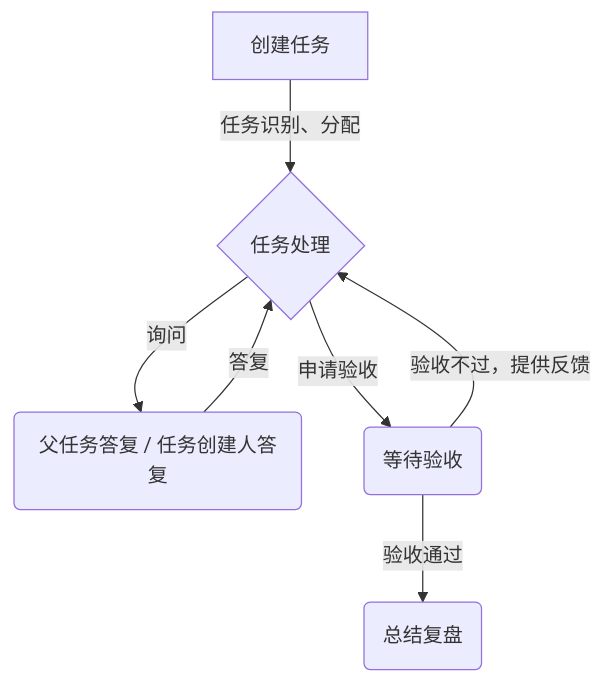
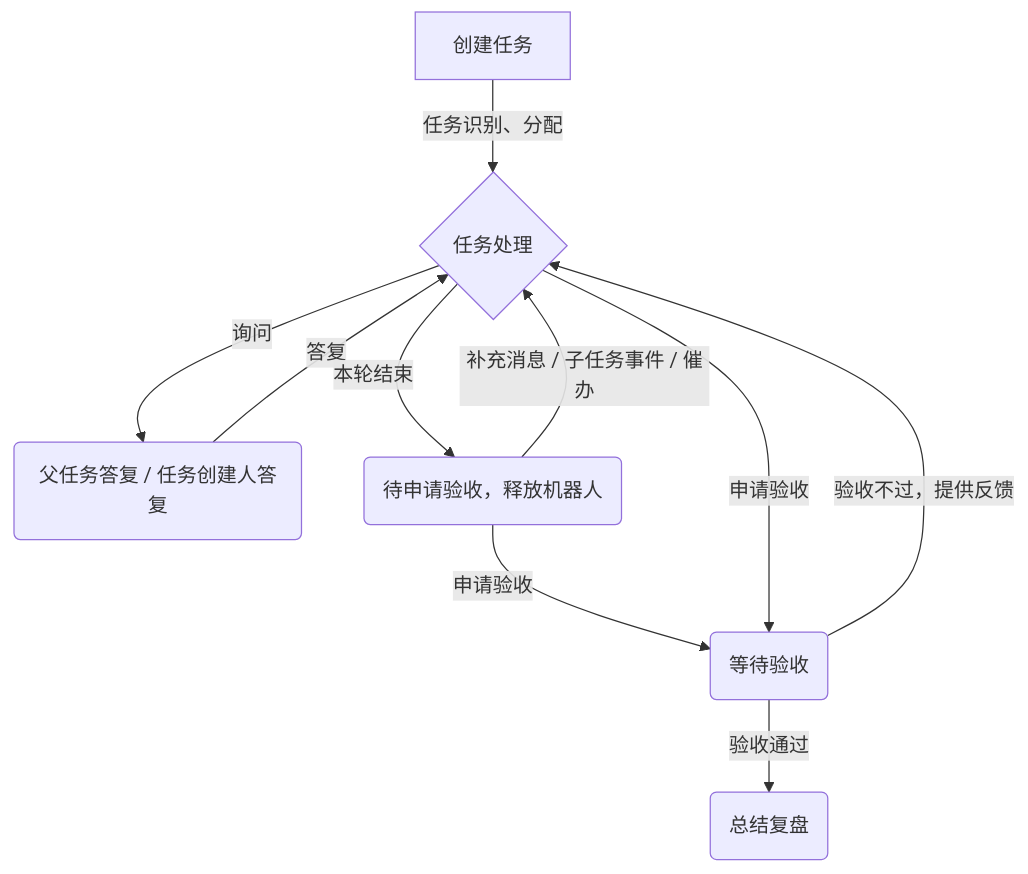
The first of 2 diagrams in docs/features/06 - HANDOFF.md (LitaGroup/project), drawn with Mermaid before and after one commit. The commit also changed other lines of this file and 21 other files, not shown here.

````diff
--- a/docs/features/06 - HANDOFF.md
+++ b/docs/features/06 - HANDOFF.md
@@ -30,9 +30,12 @@
 ```mermaid	
 flowchart TD
     A[创建任务] -->|任务识别、分配| B{任务处理}
     B -->|询问| C(父任务答复 / 任务创建人答复)
     C -->|答复| B
-    B -->|申请验收| D(等待验收)
+    B -->|本轮结束| F(待申请验收，释放机器人)
+    F -->|补充消息 / 子任务事件 / 催办| B
+    F -->|申请验收| D(等待验收)
+    B -->|申请验收| D
     D -->|验收通过| E(总结复盘)
     D -->|验收不过，提供反馈| B
 ```
````
